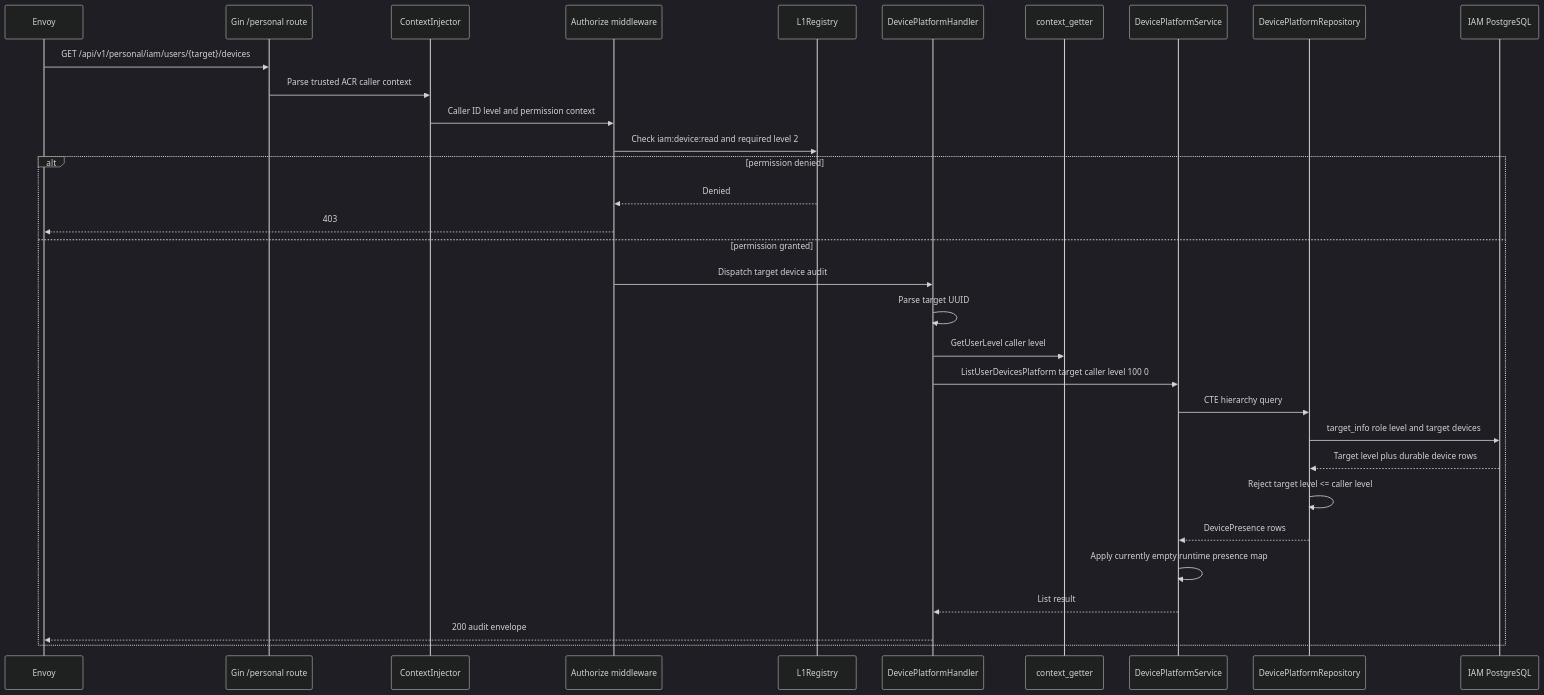
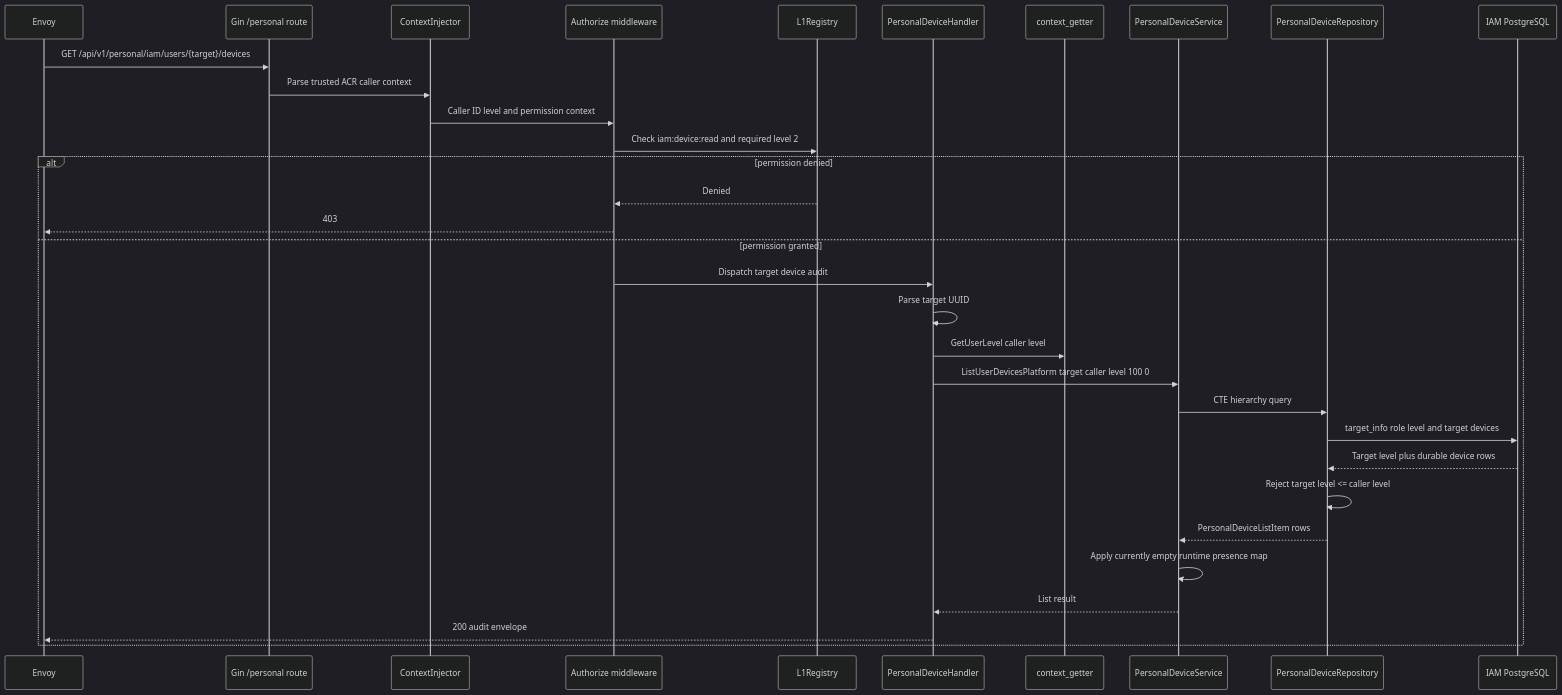
The second of 3 diagrams in god_view/iam/platform_user_device_audit_god_view_workflow.md (phucle996/aurora), drawn with Mermaid (dark theme) before and after one commit. The commit also changed other lines of this file and 68 other files, not shown here.

Commit message:
refactor: consolidate device management services and repositories into new personal and self device abstractions

````diff
--- a/god_view/iam/platform_user_device_audit_god_view_workflow.md
+++ b/god_view/iam/platform_user_device_audit_god_view_workflow.md
@@ -200,35 +206,35 @@
 ```mermaid
 sequenceDiagram
     participant Envoy as Envoy
     participant Router as Gin /personal route
     participant Inject as ContextInjector
     participant Authz as Authorize middleware
     participant Registry as L1Registry
-    participant Handler as DevicePlatformHandler
+    participant Handler as PersonalDeviceHandler
     participant Getter as context_getter
-    participant Service as DevicePlatformService
-    participant Repo as DevicePlatformRepository
+    participant Service as PersonalDeviceService
+    participant Repo as PersonalDeviceRepository
     participant PG as IAM PostgreSQL
 
     Envoy->>Router: GET /api/v1/personal/iam/users/{target}/devices
     Router->>Inject: Parse trusted ACR caller context
     Inject->>Authz: Caller ID level and permission context
     Authz->>Registry: Check iam:device:read and required level 2
     alt permission denied
         Registry-->>Authz: Denied
         Authz-->>Envoy: 403
     else permission granted
         Authz->>Handler: Dispatch target device audit
         Handler->>Handler: Parse target UUID
         Handler->>Getter: GetUserLevel caller level
         Handler->>Service: ListUserDevicesPlatform target caller level 100 0
         Service->>Repo: CTE hierarchy query
         Repo->>PG: target_info role level and target devices
         PG-->>Repo: Target level plus durable device rows
         Repo->>Repo: Reject target level <= caller level
-        Repo-->>Service: DevicePresence rows
+        Repo-->>Service: PersonalDeviceListItem rows
         Service->>Service: Apply currently empty runtime presence map
         Service-->>Handler: List result
         Handler-->>Envoy: 200 audit envelope
     end
 ```
````
